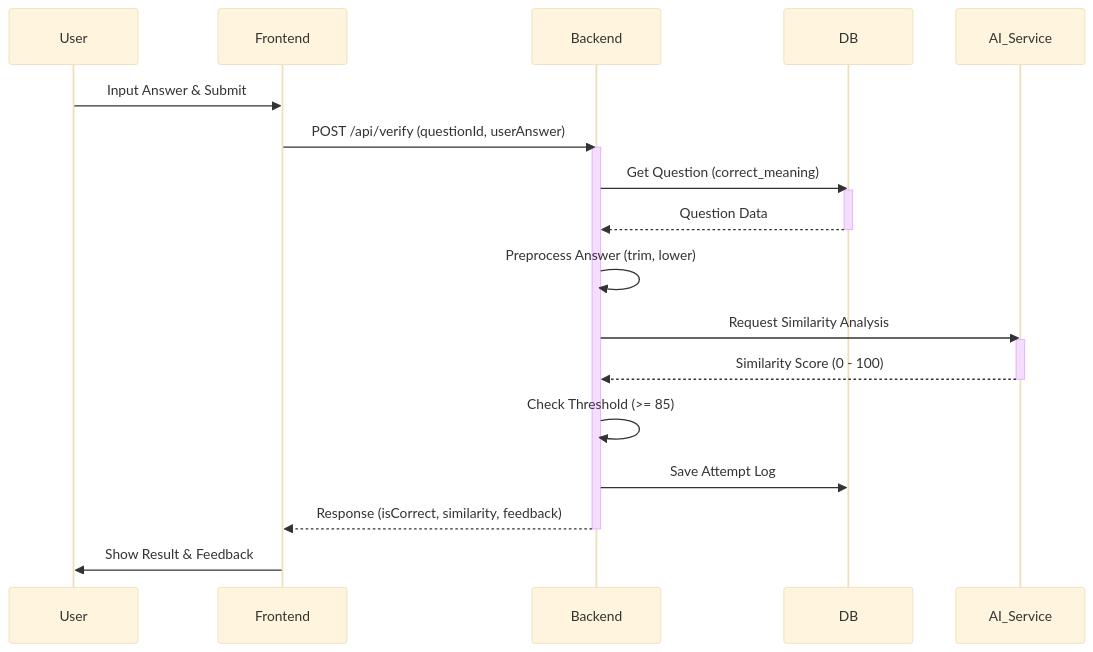
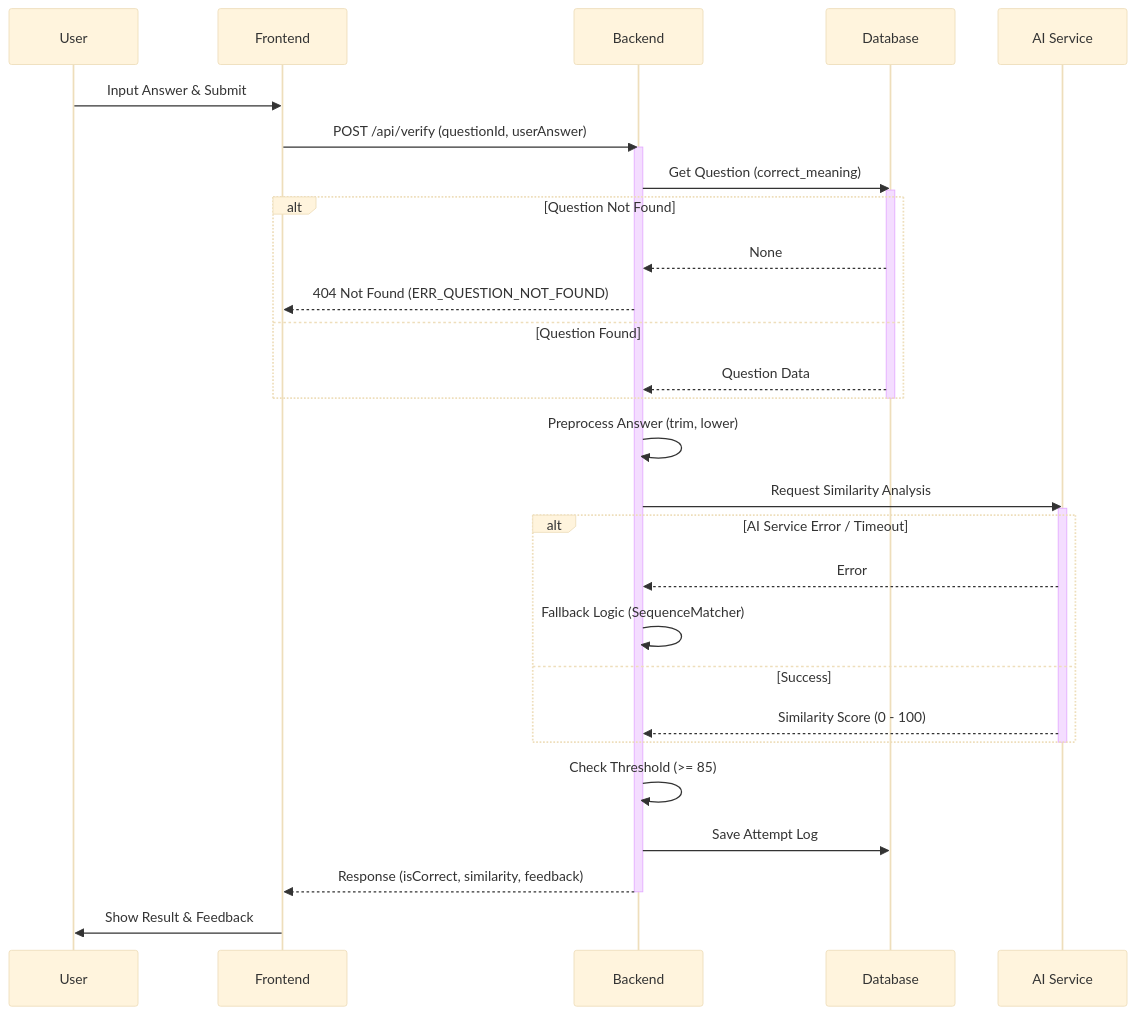
One commit to himchannnn/context_hunter changed the second of 2 diagrams in LLD.md. Above: the diagram before and after it, drawn with Mermaid (base theme). The commit also changed other lines of this file and 1 other file, not shown here.

Commit message:
Update HLD and LLD with gap analysis improvements

````diff
--- a/LLD.md
+++ b/LLD.md
@@ -97,31 +112,42 @@
 ```mermaid
 sequenceDiagram
     participant User
-    participant Frontend
-    participant Backend
-    participant DB
-    participant AI_Service
+    participant FE as Frontend
+    participant BE as Backend
+    participant DB as Database
+    participant AI as AI Service
 
-    User->>Frontend: Input Answer & Submit
-    Frontend->>Backend: POST /api/verify (questionId, userAnswer)
-    activate Backend
-    Backend->>DB: Get Question (correct_meaning)
+    User->>FE: Input Answer & Submit
+    FE->>BE: POST /api/verify (questionId, userAnswer)
+    activate BE
+    
+    BE->>DB: Get Question (correct_meaning)
     activate DB
-    DB-->>Backend: Question Data
+    alt Question Not Found
+        DB-->>BE: None
+        BE-->>FE: 404 Not Found (ERR_QUESTION_NOT_FOUND)
+    else Question Found
+        DB-->>BE: Question Data
+    end
     deactivate DB
     
-    Backend->>Backend: Preprocess Answer (trim, lower)
+    BE->>BE: Preprocess Answer (trim, lower)
     
-    Backend->>AI_Service: Request Similarity Analysis
-    activate AI_Service
-    AI_Service-->>Backend: Similarity Score (0 - 100)
-    deactivate AI_Service
+    BE->>AI: Request Similarity Analysis
+    activate AI
+    alt AI Service Error / Timeout
+        AI-->>BE: Error
+        BE->>BE: Fallback Logic (SequenceMatcher)
+    else Success
+        AI-->>BE: Similarity Score (0 - 100)
+    end
+    deactivate AI
     
-    Backend->>Backend: Check Threshold (>= 85)
-    Backend->>DB: Save Attempt Log
+    BE->>BE: Check Threshold (>= 85)
+    BE->>DB: Save Attempt Log
     
-    Backend-->>Frontend: Response (isCorrect, similarity, feedback)
-    deactivate Backend
+    BE-->>FE: Response (isCorrect, similarity, feedback)
+    deactivate BE
     
-    Frontend->>User: Show Result & Feedback
+    FE->>User: Show Result & Feedback
 ```
````
